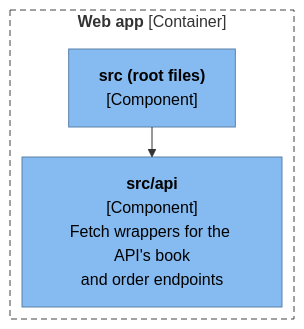
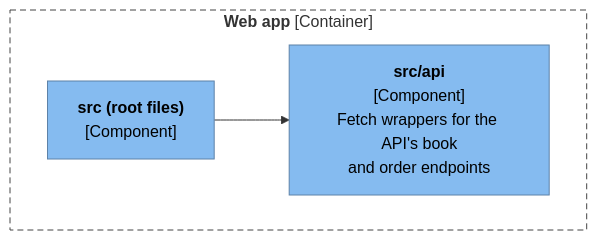
The diagram in examples/bookshop/c4-component-bookshop-web.mmd (ythalorossy/architecture-skills), drawn with Mermaid before and after one commit. The commit also changed 44 other files, not shown here.

Commit message:
fix(render): drop the layout: elk header the renderer ignores

```diff
--- a/examples/bookshop/c4-component-bookshop-web.mmd
+++ b/examples/bookshop/c4-component-bookshop-web.mmd
@@ -1,22 +1,18 @@
----
-config:
-  layout: elk
----
 flowchart TB
     subgraph boundary["`**Web app** [Container]`"]
         web_src__files["`**src (root files)**
 [Component]`"]
         web_src_api["`**src/api**
 [Component]
 Fetch wrappers for the API's book
 and order endpoints`"]
     end
     web_src__files --> web_src_api
     classDef person fill:#08427b,stroke:#052e56,color:#ffffff
     classDef container fill:#1168bd,stroke:#0b4884,color:#ffffff
     classDef system fill:#1168bd,stroke:#0b4884,color:#ffffff
     classDef component fill:#85bbf0,stroke:#5d82a8,color:#000000
     classDef external fill:#999999,stroke:#6b6b6b,color:#ffffff
     classDef shared fill:#dbe9f6,stroke:#5d82a8,color:#000000,stroke-dasharray:4 3
     class web_src__files,web_src_api component
     style boundary fill:none,stroke:#444444,stroke-dasharray:6 4
```
